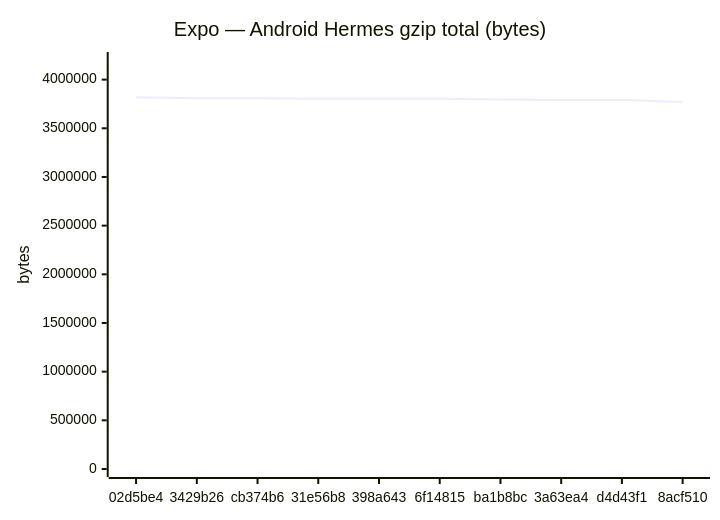
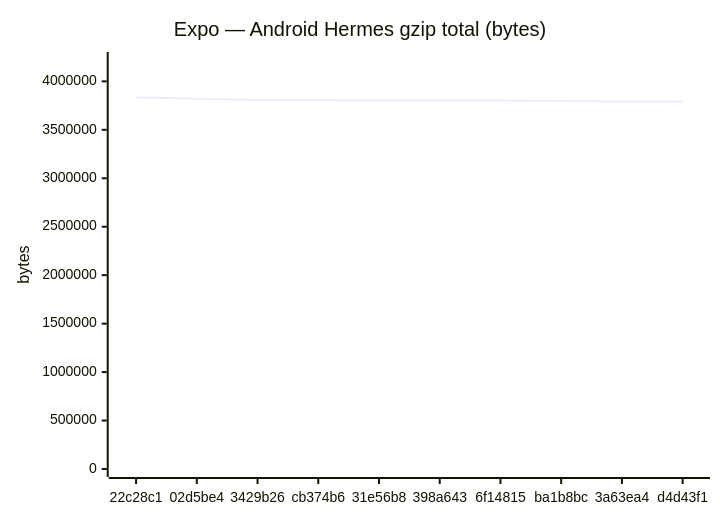
The fifth of 18 diagrams in benchmarks/compare.md (Metaheurist/Rianell), drawn with Mermaid before and after one commit. The commit also changed other lines of this file and 11 other files, not shown here.

````diff
--- a/benchmarks/compare.md
+++ b/benchmarks/compare.md
@@ -89,7 +89,7 @@
 ```mermaid
 xychart-beta
     title "Expo — Android Hermes gzip total (bytes)"
-    x-axis ["02d5be4", "3429b26", "cb374b6", "31e56b8", "398a643", "6f14815", "ba1b8bc", "3a63ea4", "d4d43f1", "8acf510"]
-    y-axis "bytes" 0 --> 4201489
-    line [3819535, 3807947, 3807947, 3802529, 3802528, 3802527, 3796378, 3791714, 3791716, 3770636]
+    x-axis ["22c28c1", "02d5be4", "3429b26", "cb374b6", "31e56b8", "398a643", "6f14815", "ba1b8bc", "3a63ea4", "d4d43f1"]
+    y-axis "bytes" 0 --> 4220310
+    line [3836645, 3819535, 3807947, 3807947, 3802529, 3802528, 3802527, 3796378, 3791714, 3791716]
 ```
````
